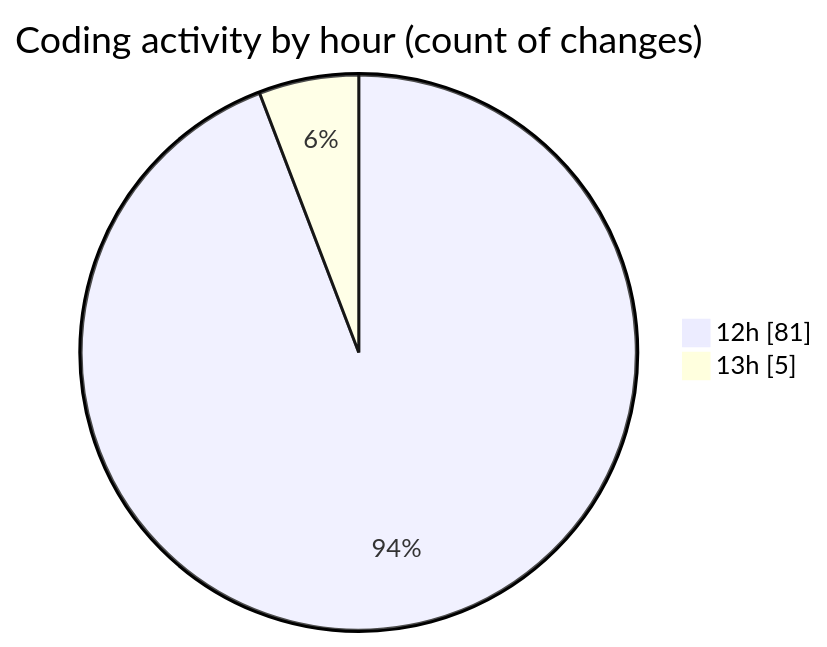
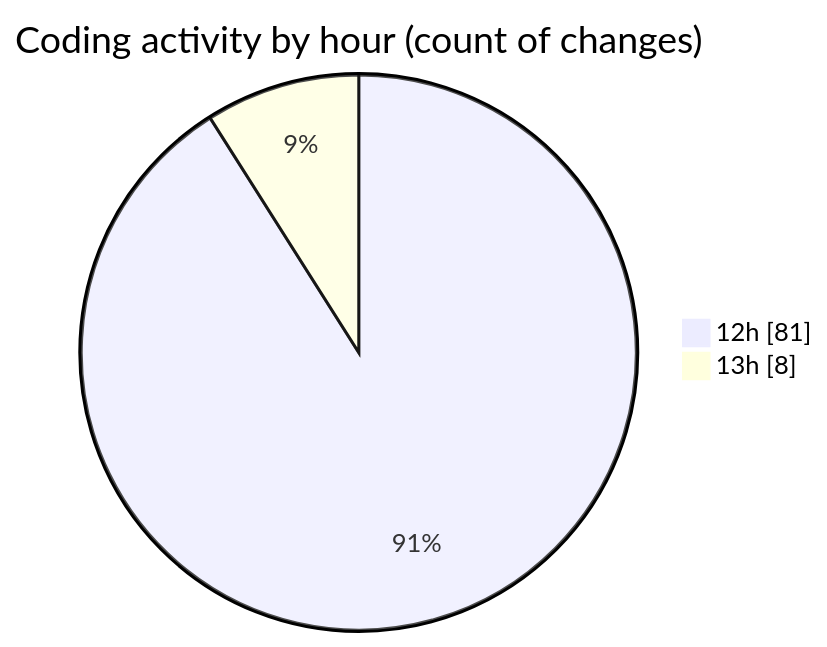
Before and after one commit to Ritupan-Deka/code-tracking: the second of 2 diagrams in 2025-12-28/rust/README.md, drawn with Mermaid. The commit also changed other lines of this file and 1 other file, not shown here.

````diff
--- a/2025-12-28/rust/README.md
+++ b/2025-12-28/rust/README.md
@@ -28,6 +30,6 @@
 ```mermaid
 pie showData
 title Coding activity by hour (count of changes)
 "12h" : 81
-"13h" : 5
+"13h" : 8
 ```
````
